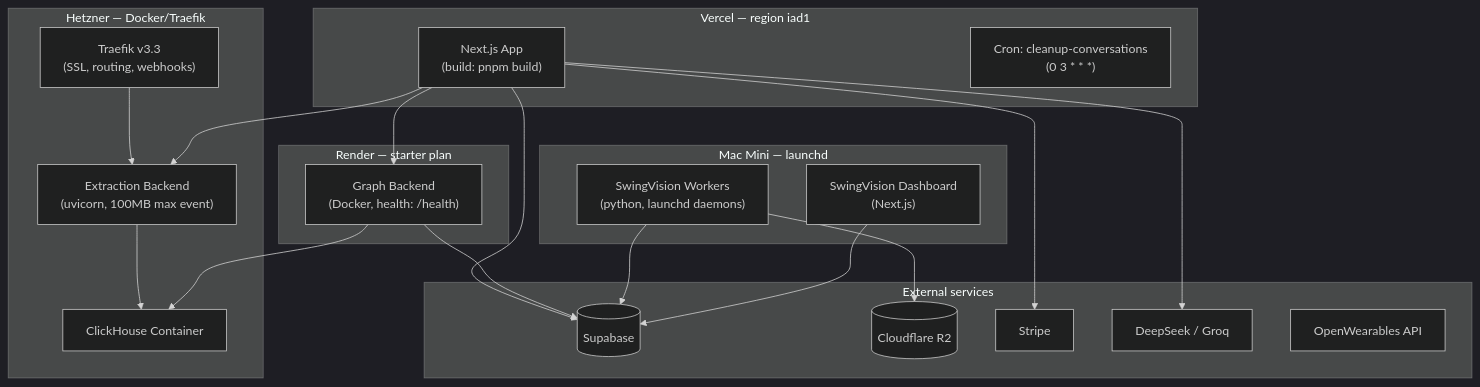
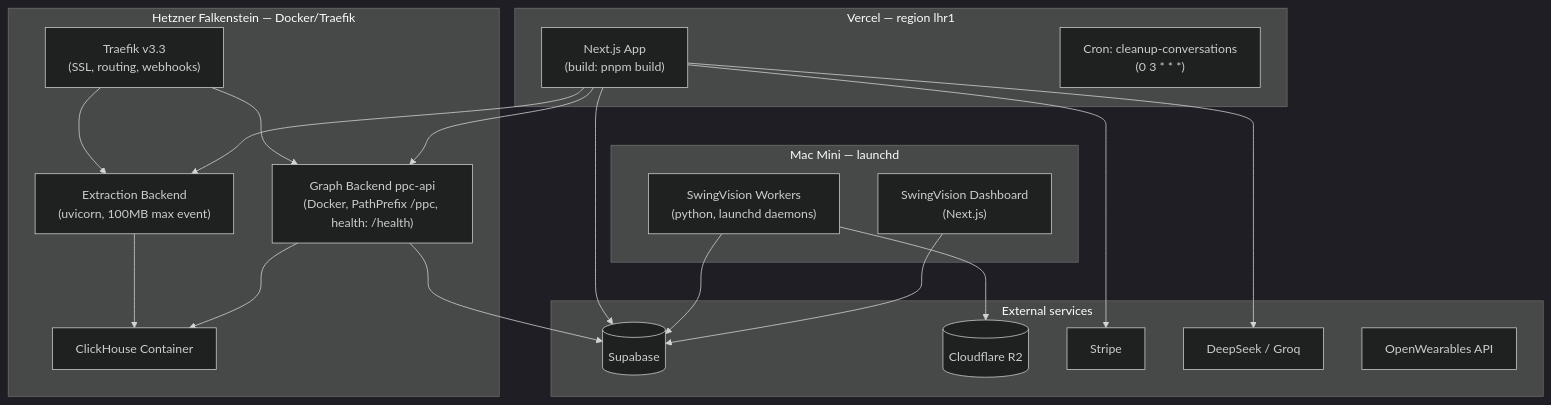
The diagram in docs/architecture/deployment.md (daniellpsilva1/PeakPerformanceDataMonorepo), drawn with Mermaid (dark theme) before and after one commit. The commit also changed other lines of this file and 12 other files, not shown here.

First line of the commit message:
Fix PPC backend hosting facts in docs

````diff
--- a/docs/architecture/deployment.md
+++ b/docs/architecture/deployment.md
@@ -33,43 +33,41 @@
 ```mermaid
 flowchart TB
-    subgraph Vercel["Vercel — region iad1"]
+    subgraph Vercel["Vercel — region lhr1"]
         App["Next.js App\n(build: pnpm build)"]
         Cron["Cron: cleanup-conversations\n(0 3 * * *)"]
     end
 
-    subgraph Render["Render — starter plan"]
-        Backend["Graph Backend\n(Docker, health: /health)"]
-    end
-
-    subgraph Hetzner["Hetzner — Docker/Traefik"]
+    subgraph Hetzner["Hetzner Falkenstein — Docker/Traefik"]
         Traefik["Traefik v3.3\n(SSL, routing, webhooks)"]
+        Backend["Graph Backend ppc-api\n(Docker, PathPrefix /ppc, health: /health)"]
         Extraction["Extraction Backend\n(uvicorn, 100MB max event)"]
         CHContainer["ClickHouse Container"]
+        Traefik --> Backend
         Traefik --> Extraction
         Extraction --> CHContainer
     end
 
     subgraph MacMini["Mac Mini — launchd"]
         SVWorkers["SwingVision Workers\n(python, launchd daemons)"]
         SVDashboard["SwingVision Dashboard\n(Next.js)"]
     end
 
     subgraph External["External services"]
         Supabase[(Supabase)]
         R2[(Cloudflare R2)]
         Stripe[Stripe]
         LLM[DeepSeek / Groq]
         OW[OpenWearables API]
     end
 
     App --> Backend
     App --> Extraction
     App --> Supabase
     App --> Stripe
     App --> LLM
     Backend --> CHContainer
     Backend --> Supabase
     SVWorkers --> R2
     SVWorkers --> Supabase
     SVDashboard --> Supabase
 ```
````
